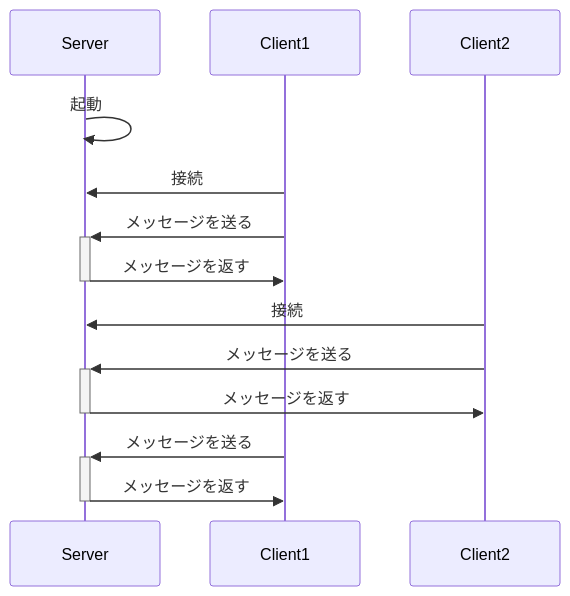
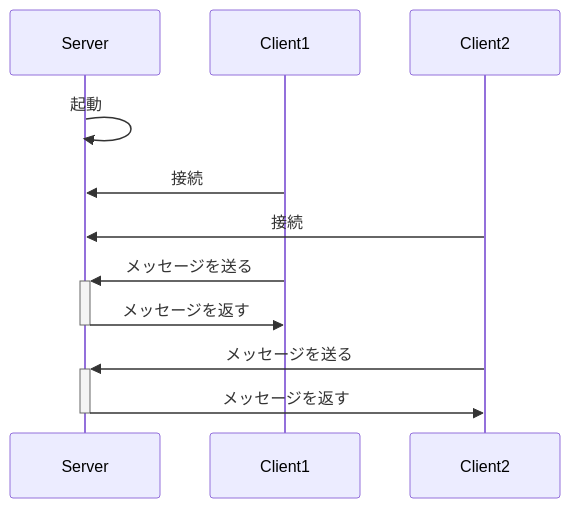
One commit to kurodakazumichi/youtube changed the seventh of 10 diagrams in IntruductionToWebRTC/03/README.md. Above: the diagram before and after it, drawn with Mermaid. The commit also changed other lines of this file, not shown here.

````diff
--- a/IntruductionToWebRTC/03/README.md
+++ b/IntruductionToWebRTC/03/README.md
@@ -276,18 +276,16 @@
 ```mermaid
 sequenceDiagram
 	participant Server
 	participant Client1
 	participant Client2
 	
 	Server->>Server: 起動
 	Client1->>Server: 接続
+	Client2->>Server:接続
+	
 	Client1->>+Server: メッセージを送る
 	Server->>-Client1: メッセージを返す
 	
-	Client2->>Server:接続
 	Client2->>+Server: メッセージを送る
 	Server->>-Client2: メッセージを返す
-	
-	Client1->>+Server: メッセージを送る
-	Server->>-Client1: メッセージを返す
 ```
````
